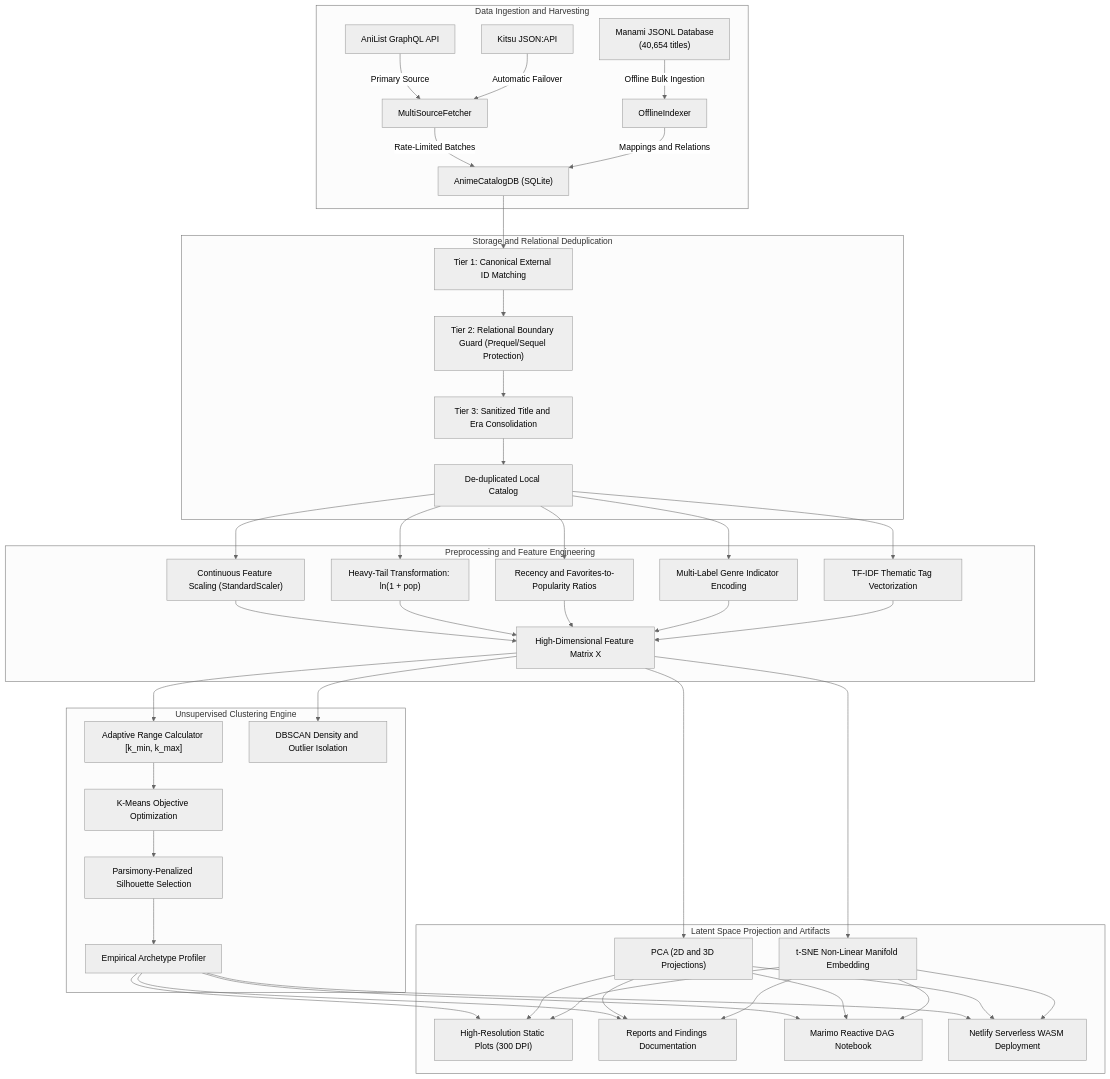
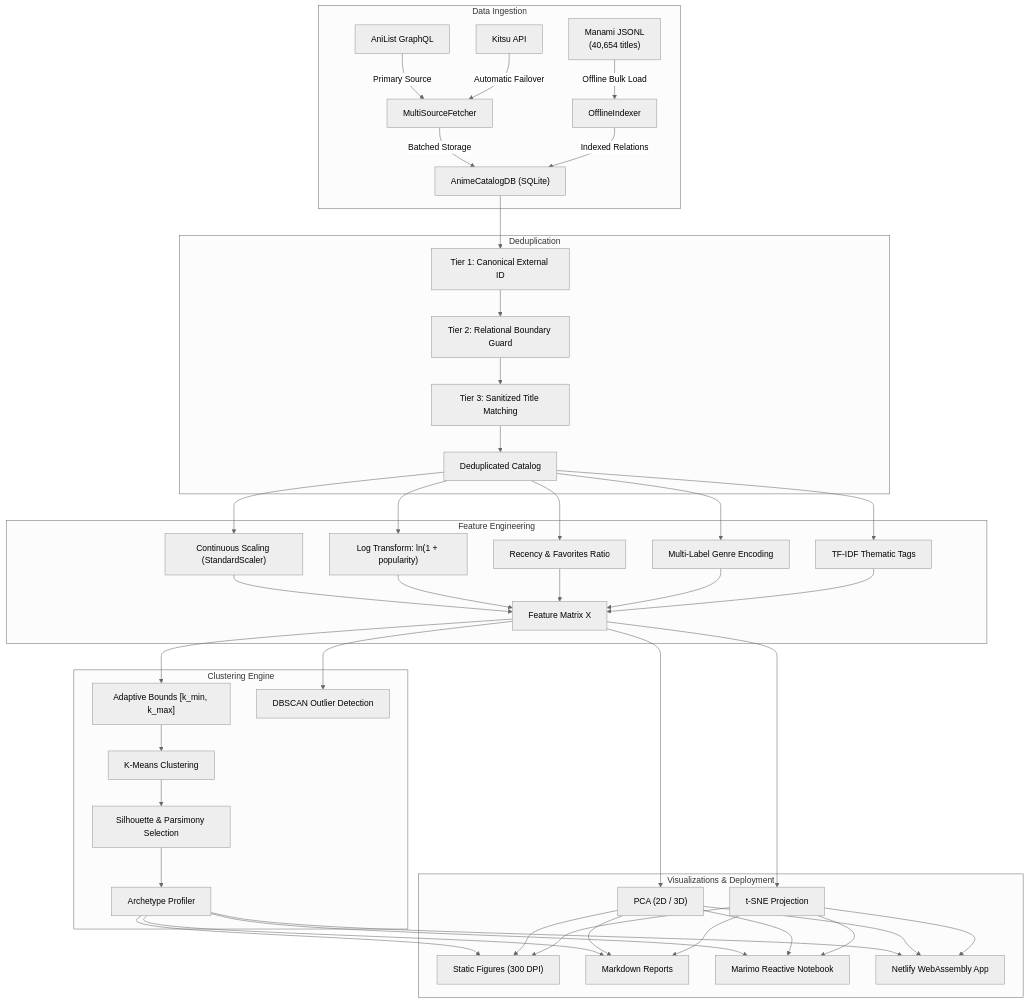
Before and after one commit to fizzflip/ai-powered-data-insights: the first of 2 diagrams in README.md, drawn with Mermaid (neutral theme). The commit also changed other lines of this file, not shown here.

Commit message:
docs: simplify titles, methodology section, and overall prose in README

````diff
--- a/README.md
+++ b/README.md
@@ -67,43 +69,43 @@
 ```mermaid
 flowchart TD
-    subgraph S1["Data Ingestion and Harvesting"]
-        A1["AniList GraphQL API"] -->|Primary Source| B["MultiSourceFetcher"]
-        A2["Kitsu JSON:API"] -->|Automatic Failover| B
-        A3["Manami JSONL Database<br/>(40,654 titles)"] -->|Offline Bulk Ingestion| C["OfflineIndexer"]
-        B -->|Rate-Limited Batches| D["AnimeCatalogDB (SQLite)"]
-        C -->|Mappings and Relations| D
+    subgraph S1["Data Ingestion"]
+        A1["AniList GraphQL"] -->|Primary Source| B["MultiSourceFetcher"]
+        A2["Kitsu API"] -->|Automatic Failover| B
+        A3["Manami JSONL<br/>(40,654 titles)"] -->|Offline Bulk Load| C["OfflineIndexer"]
+        B -->|Batched Storage| D["AnimeCatalogDB (SQLite)"]
+        C -->|Indexed Relations| D
     end
 
-    subgraph S2["Storage and Relational Deduplication"]
-        D --> E1["Tier 1: Canonical External ID Matching"]
-        E1 --> E2["Tier 2: Relational Boundary Guard (Prequel/Sequel Protection)"]
-        E2 --> E3["Tier 3: Sanitized Title and Era Consolidation"]
-        E3 --> F["De-duplicated Local Catalog"]
+    subgraph S2["Deduplication"]
+        D --> E1["Tier 1: Canonical External ID"]
+        E1 --> E2["Tier 2: Relational Boundary Guard"]
+        E2 --> E3["Tier 3: Sanitized Title Matching"]
+        E3 --> F["Deduplicated Catalog"]
     end
 
-    subgraph S3["Preprocessing and Feature Engineering"]
-        F --> G1["Continuous Feature Scaling (StandardScaler)"]
-        F --> G2["Heavy-Tail Transformation: ln(1 + pop)"]
-        F --> G3["Recency and Favorites-to-Popularity Ratios"]
-        F --> G4["Multi-Label Genre Indicator Encoding"]
-        F --> G5["TF-IDF Thematic Tag Vectorization"]
-        G1 & G2 & G3 & G4 & G5 --> H["High-Dimensional Feature Matrix X"]
+    subgraph S3["Feature Engineering"]
+        F --> G1["Continuous Scaling (StandardScaler)"]
+        F --> G2["Log Transform: ln(1 + popularity)"]
+        F --> G3["Recency & Favorites Ratio"]
+        F --> G4["Multi-Label Genre Encoding"]
+        F --> G5["TF-IDF Thematic Tags"]
+        G1 & G2 & G3 & G4 & G5 --> H["Feature Matrix X"]
     end
 
-    subgraph S4["Unsupervised Clustering Engine"]
-        H --> I1["Adaptive Range Calculator [k_min, k_max]"]
-        I1 --> I2["K-Means Objective Optimization"]
-        H --> I3["DBSCAN Density and Outlier Isolation"]
-        I2 --> I4["Parsimony-Penalized Silhouette Selection"]
-        I4 --> J["Empirical Archetype Profiler"]
+    subgraph S4["Clustering Engine"]
+        H --> I1["Adaptive Bounds [k_min, k_max]"]
+        I1 --> I2["K-Means Clustering"]
+        H --> I3["DBSCAN Outlier Detection"]
+        I2 --> I4["Silhouette & Parsimony Selection"]
+        I4 --> J["Archetype Profiler"]
     end
 
-    subgraph S5["Latent Space Projection and Artifacts"]
-        H --> K1["PCA (2D and 3D Projections)"]
-        H --> K2["t-SNE Non-Linear Manifold Embedding"]
-        J & K1 & K2 --> L1["High-Resolution Static Plots (300 DPI)"]
-        J & K1 & K2 --> L2["Reports and Findings Documentation"]
-        J & K1 & K2 --> L3["Marimo Reactive DAG Notebook"]
-        J & K1 & K2 --> L4["Netlify Serverless WASM Deployment"]
+    subgraph S5["Visualizations & Deployment"]
+        H --> K1["PCA (2D / 3D)"]
+        H --> K2["t-SNE Projection"]
+        J & K1 & K2 --> L1["Static Figures (300 DPI)"]
+        J & K1 & K2 --> L2["Markdown Reports"]
+        J & K1 & K2 --> L3["Marimo Reactive Notebook"]
+        J & K1 & K2 --> L4["Netlify WebAssembly App"]
     end
 ```
````
